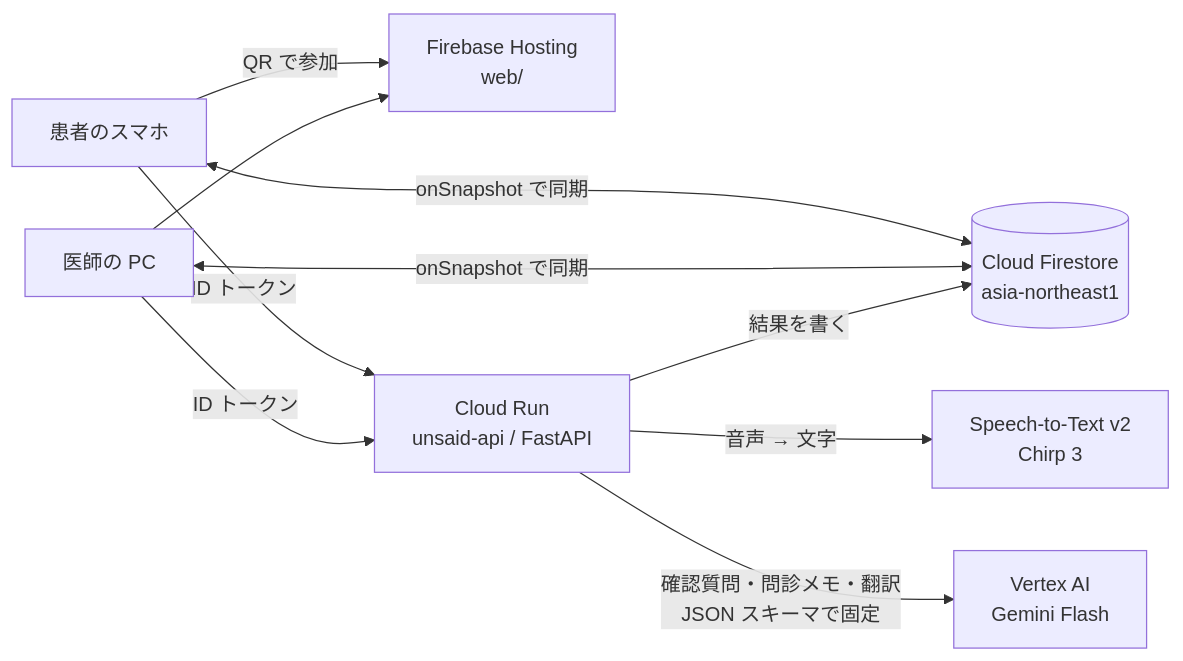
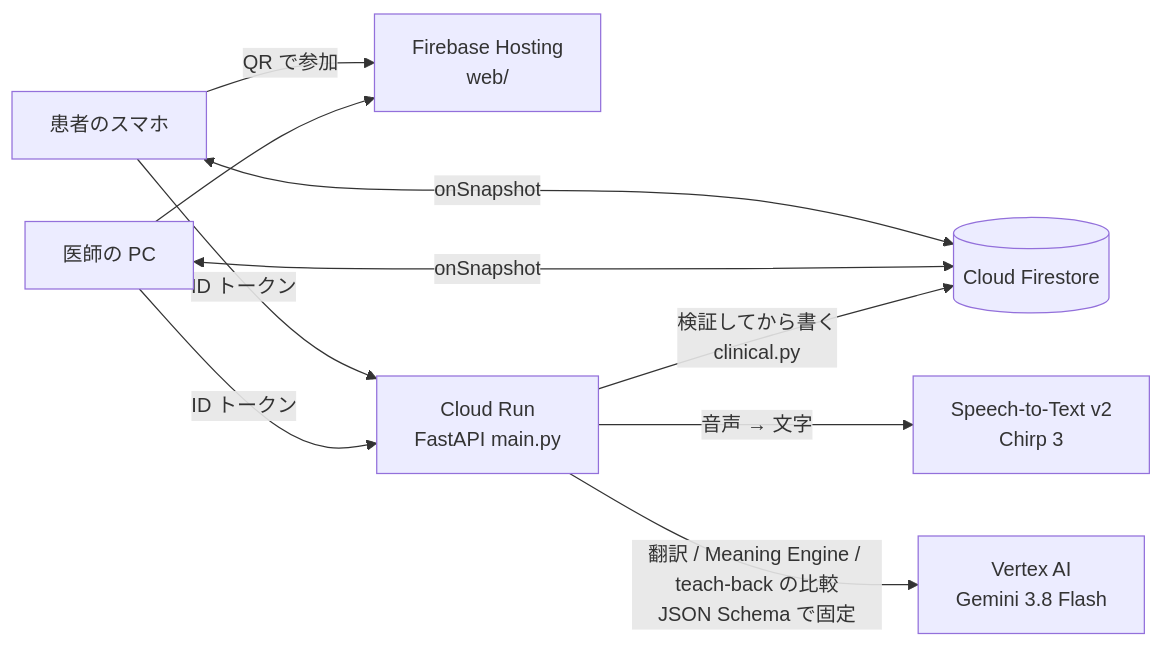
The diagram in README.md (Devfest-Hackathon-2026/df-2026-t085), drawn with Mermaid before and after one commit. The commit also changed other lines of this file and 7 other files, not shown here.

Commit message:
ドキュメント: README・ARCHITECTURE・DESIGN_DECISIONS・EVALUATION・DEMO・SECURITY・docs/staging.md、API の約束を更新

````diff
--- a/README.md
+++ b/README.md
@@ -39,12 +44,12 @@
 ```mermaid
 flowchart LR
   P[患者のスマホ] -- QR で参加 --> H[Firebase Hosting<br/>web/]
   D[医師の PC] --> H
-  P <-- onSnapshot で同期 --> F[(Cloud Firestore<br/>asia-northeast1)]
-  D <-- onSnapshot で同期 --> F
-  P -- ID トークン --> R[Cloud Run<br/>unsaid-api / FastAPI]
+  P <-- onSnapshot --> F[(Cloud Firestore)]
+  D <-- onSnapshot --> F
+  P -- ID トークン --> R[Cloud Run<br/>FastAPI main.py]
   D -- ID トークン --> R
   R -- 音声 → 文字 --> S[Speech-to-Text v2<br/>Chirp 3]
-  R -- 確認質問・問診メモ・翻訳<br/>JSON スキーマで固定 --> G[Vertex AI<br/>Gemini Flash]
-  R -- 結果を書く --> F
+  R -- 翻訳 / Meaning Engine / teach-back の比較<br/>JSON Schema で固定 --> G[Vertex AI<br/>Gemini 3.8 Flash]
+  R -- 検証してから書く<br/>clinical.py --> F
 ```
````
